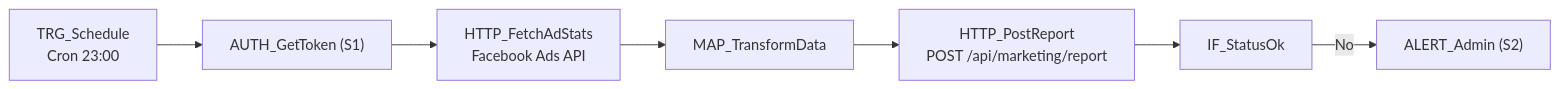
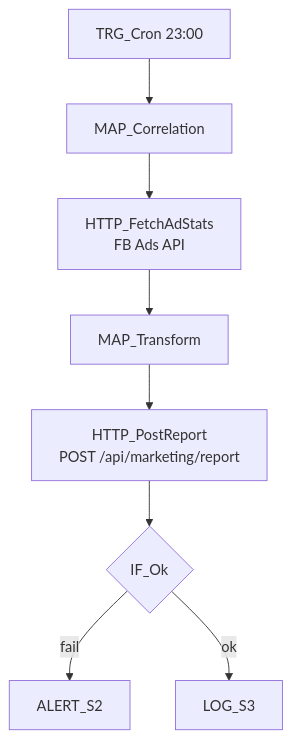
One commit to nguyendinhduy-1995/daotaolaixethayduy-V2 changed the fourth of 7 diagrams in docs/runbooks/n8n-production.md. Above: the diagram before and after it, drawn with Mermaid. The commit also changed other lines of this file and 2 other files, not shown here.

````diff
--- a/docs/runbooks/n8n-production.md
+++ b/docs/runbooks/n8n-production.md
@@ -507,9 +317,10 @@
 ```mermaid
-graph LR
-    TRG["TRG_Schedule<br/>Cron 23:00"] --> AUTH["AUTH_GetToken (S1)"]
-    AUTH --> FBAPI["HTTP_FetchAdStats<br/>Facebook Ads API"]
-    FBAPI --> MAP["MAP_TransformData"]
-    MAP --> HTTP["HTTP_PostReport<br/>POST /api/marketing/report"]
-    HTTP --> IF["IF_StatusOk"]
-    IF -->|No| ALERT["ALERT_Admin (S2)"]
+flowchart TD
+    TRG["TRG_Cron 23:00"] --> MAP["MAP_Correlation"]
+    MAP --> FB["HTTP_FetchAdStats<br/>FB Ads API"]
+    FB --> TRANSFORM["MAP_Transform"]
+    TRANSFORM --> HTTP["HTTP_PostReport<br/>POST /api/marketing/report"]
+    HTTP --> IF{"IF_Ok"}
+    IF -->|fail| ALERT["ALERT_S2"]
+    IF -->|ok| LOG["LOG_S3"]
 ```
````
